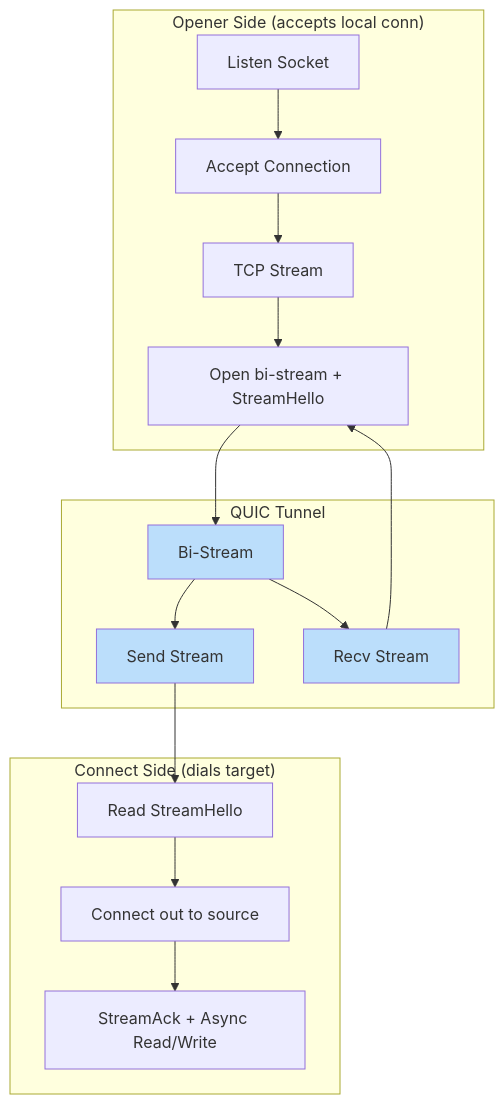
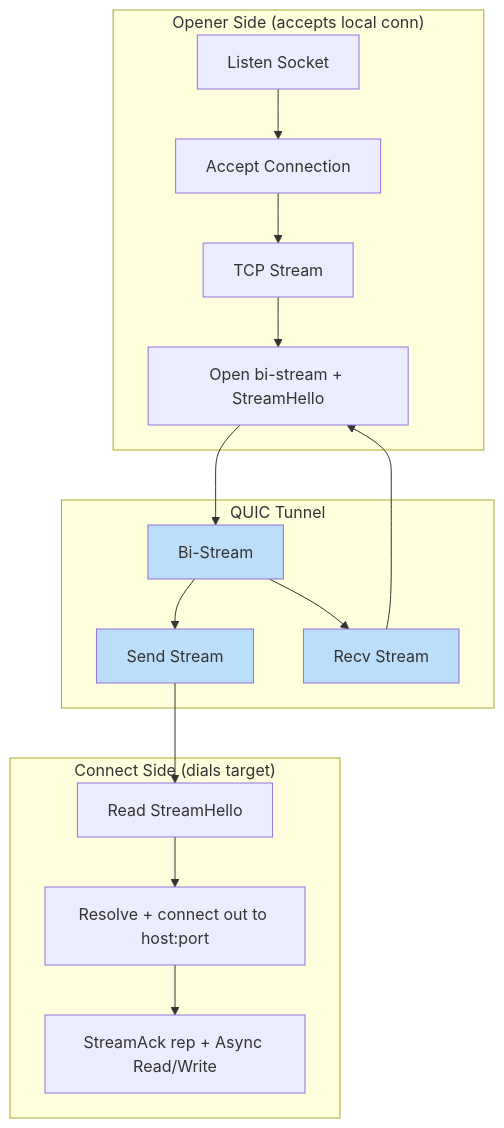
One commit to andrewtheguy/duopipe changed diagram 19 of 21 in docs/ARCHITECTURE.md. Above: the diagram before and after it, drawn with Mermaid. The commit also changed other lines of this file and 11 other files, not shown here.

````diff
--- a/docs/ARCHITECTURE.md
+++ b/docs/ARCHITECTURE.md
@@ -699,33 +702,33 @@
 ```mermaid
 graph TB
     subgraph "Opener Side (accepts local conn)"
         A[Listen Socket] --> B[Accept Connection]
         B --> C[TCP Stream]
         C --> D[Open bi-stream + StreamHello]
     end
 
     subgraph "QUIC Tunnel"
         E[Bi-Stream]
         F[Send Stream]
         G[Recv Stream]
     end
 
     subgraph "Connect Side (dials target)"
         H[Read StreamHello]
-        I[Connect out to source]
-        J[StreamAck + Async Read/Write]
+        I[Resolve + connect out to host:port]
+        J[StreamAck rep + Async Read/Write]
     end
     
     D --> E
     E --> F
     E --> G
     
     F --> H
     H --> I
     I --> J
     G --> D
     
     style E fill:#BBDEFB
     style F fill:#BBDEFB
     style G fill:#BBDEFB
 ```
````
